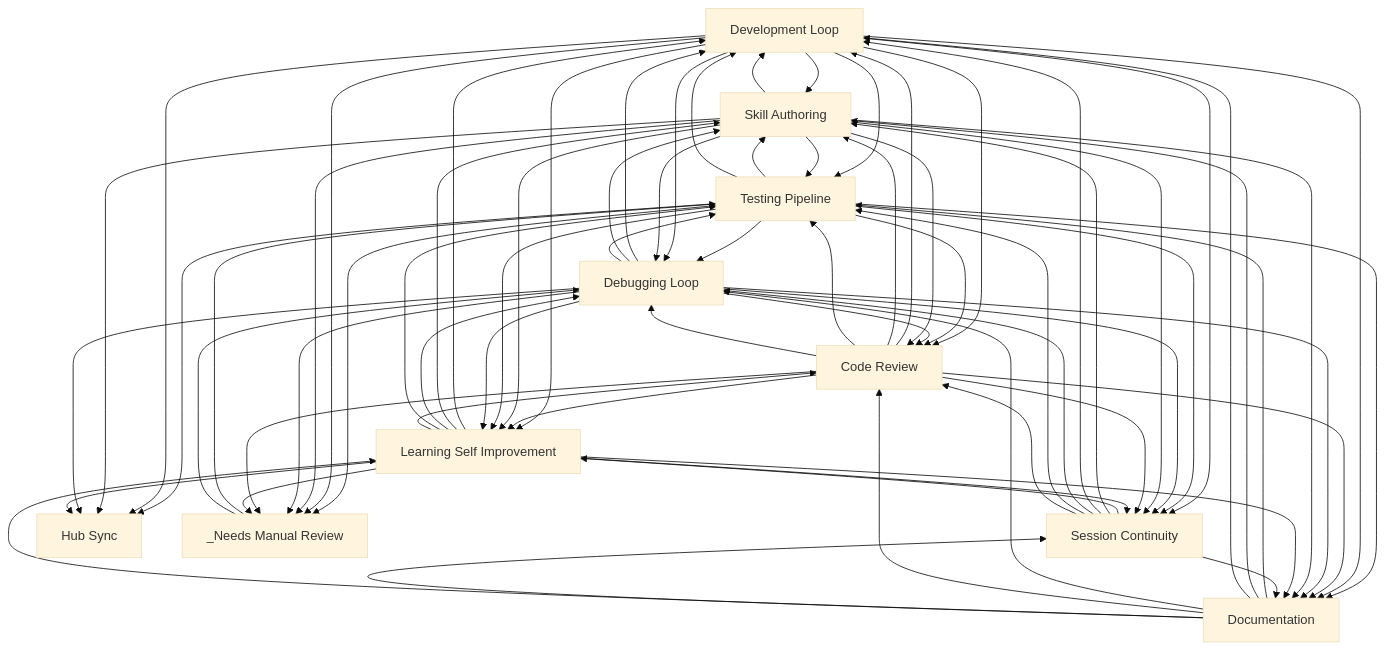
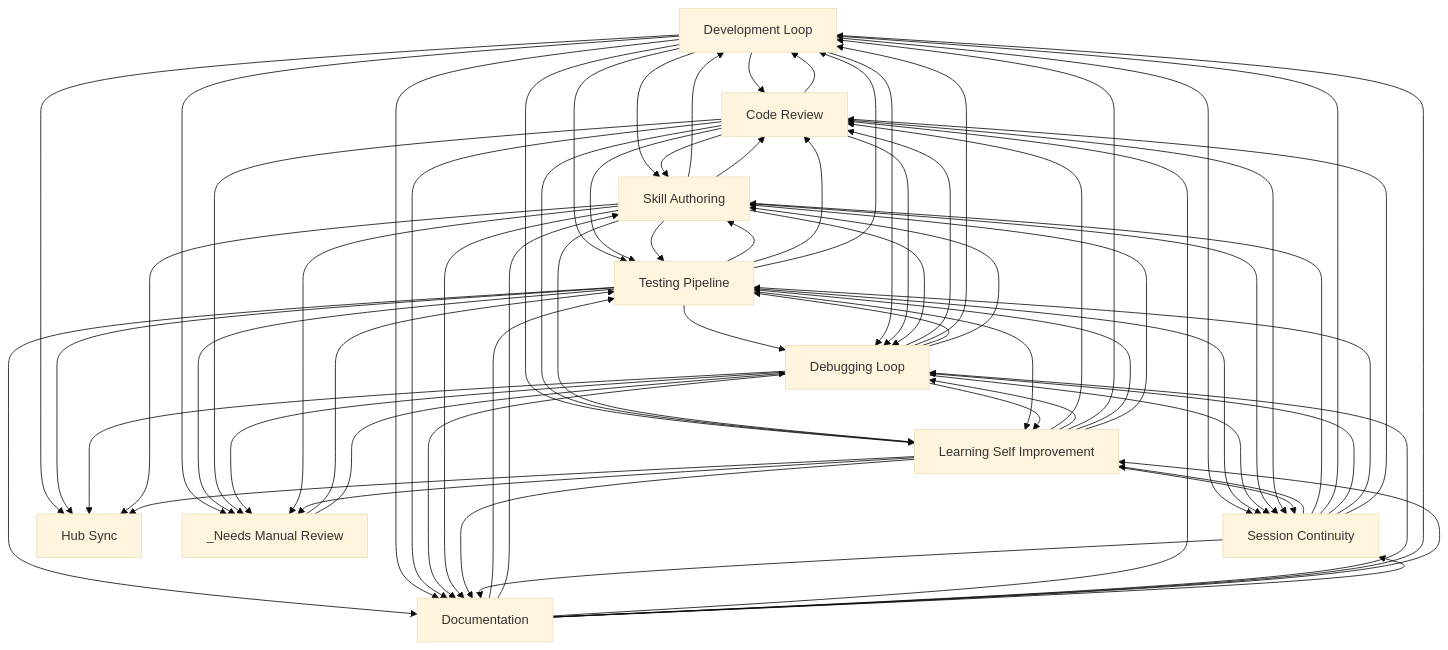
The diagram in docs/workflows/INDEX.md (abhayla/claude-best-practices), drawn with Mermaid (base theme) before and after one commit. The commit also changed other lines of this file and 12 other files, not shown here.

````diff
--- a/docs/workflows/INDEX.md
+++ b/docs/workflows/INDEX.md
@@ -22,82 +22,82 @@
 ```mermaid
 graph TD
     development_loop[Development Loop]
     testing_pipeline[Testing Pipeline]
     debugging_loop[Debugging Loop]
     learning_self_improvement[Learning Self Improvement]
     session_continuity[Session Continuity]
     skill_authoring[Skill Authoring]
     code_review[Code Review]
     documentation[Documentation]
     hub_sync[Hub Sync]
     _needs_manual_review[_Needs Manual Review]
     documentation --> testing_pipeline
     documentation --> skill_authoring
+    development_loop --> code_review
     development_loop --> skill_authoring
-    development_loop --> code_review
     code_review --> development_loop
     code_review --> skill_authoring
+    development_loop --> learning_self_improvement
     development_loop --> testing_pipeline
-    development_loop --> learning_self_improvement
+    code_review --> learning_self_improvement
     code_review --> testing_pipeline
-    code_review --> learning_self_improvement
     testing_pipeline --> skill_authoring
     skill_authoring --> testing_pipeline
+    testing_pipeline --> code_review
+    testing_pipeline --> debugging_loop
     testing_pipeline --> development_loop
-    testing_pipeline --> debugging_loop
-    testing_pipeline --> code_review
     testing_pipeline --> documentation
+    debugging_loop --> code_review
     debugging_loop --> development_loop
+    debugging_loop --> testing_pipeline
     debugging_loop --> skill_authoring
-    debugging_loop --> testing_pipeline
-    debugging_loop --> code_review
     development_loop --> debugging_loop
     development_loop --> documentation
     skill_authoring --> development_loop
     skill_authoring --> code_review
     skill_authoring --> learning_self_improvement
+    development_loop --> _needs_manual_review
     testing_pipeline --> _needs_manual_review
-    development_loop --> _needs_manual_review
+    documentation --> code_review
+    documentation --> debugging_loop
+    documentation --> development_loop
     code_review --> debugging_loop
-    documentation --> development_loop
-    documentation --> debugging_loop
-    documentation --> code_review
     code_review --> documentation
     development_loop --> session_continuity
     session_continuity --> learning_self_improvement
     _needs_manual_review --> testing_pipeline
+    testing_pipeline --> learning_self_improvement
     testing_pipeline --> session_continuity
-    testing_pipeline --> learning_self_improvement
+    debugging_loop --> learning_self_improvement
     debugging_loop --> session_continuity
-    debugging_loop --> learning_self_improvement
     debugging_loop --> documentation
     documentation --> learning_self_improvement
     skill_authoring --> session_continuity
     skill_authoring --> debugging_loop
     _needs_manual_review --> debugging_loop
+    learning_self_improvement --> code_review
+    learning_self_improvement --> debugging_loop
     learning_self_improvement --> development_loop
+    learning_self_improvement --> testing_pipeline
     learning_self_improvement --> skill_authoring
-    learning_self_improvement --> debugging_loop
-    learning_self_improvement --> testing_pipeline
-    learning_self_improvement --> code_review
+    code_review --> _needs_manual_review
+    debugging_loop --> _needs_manual_review
     skill_authoring --> _needs_manual_review
-    debugging_loop --> _needs_manual_review
-    code_review --> _needs_manual_review
     skill_authoring --> documentation
     code_review --> session_continuity
     learning_self_improvement --> session_continuity
     session_continuity --> skill_authoring
     learning_self_improvement --> documentation
     session_continuity --> development_loop
     session_continuity --> debugging_loop
     session_continuity --> testing_pipeline
     session_continuity --> code_review
     session_continuity --> documentation
+    development_loop --> hub_sync
     testing_pipeline --> hub_sync
-    development_loop --> hub_sync
+    debugging_loop --> hub_sync
     skill_authoring --> hub_sync
-    debugging_loop --> hub_sync
     learning_self_improvement --> hub_sync
     learning_self_improvement --> _needs_manual_review
     documentation --> session_continuity
 ```
````
